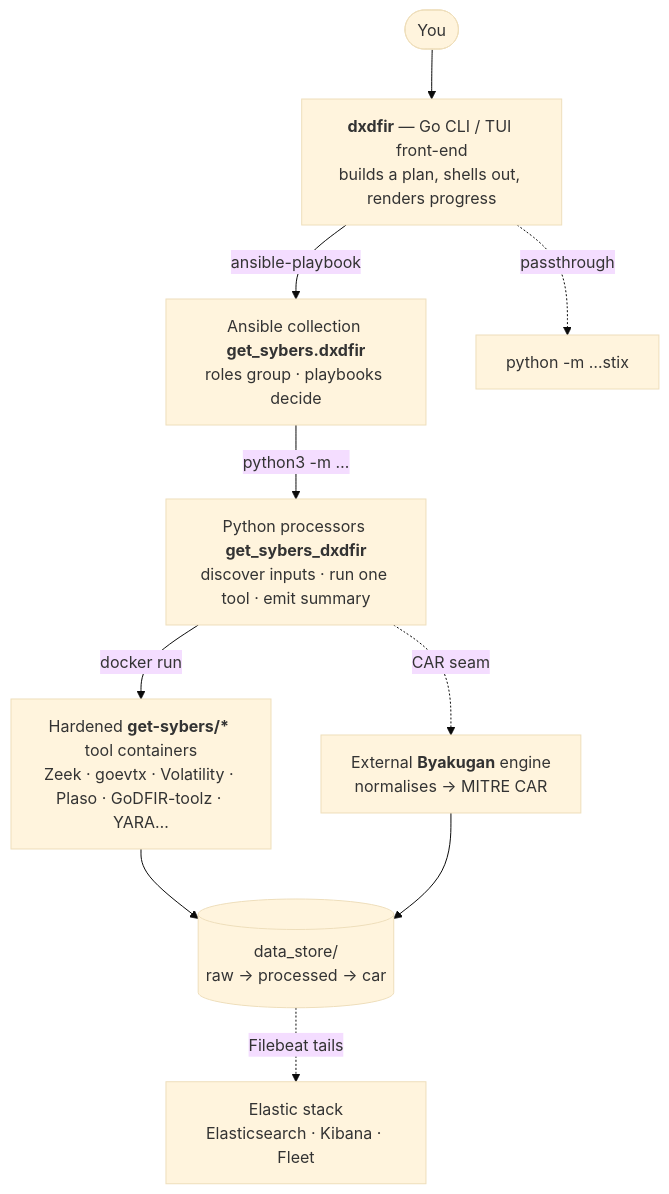
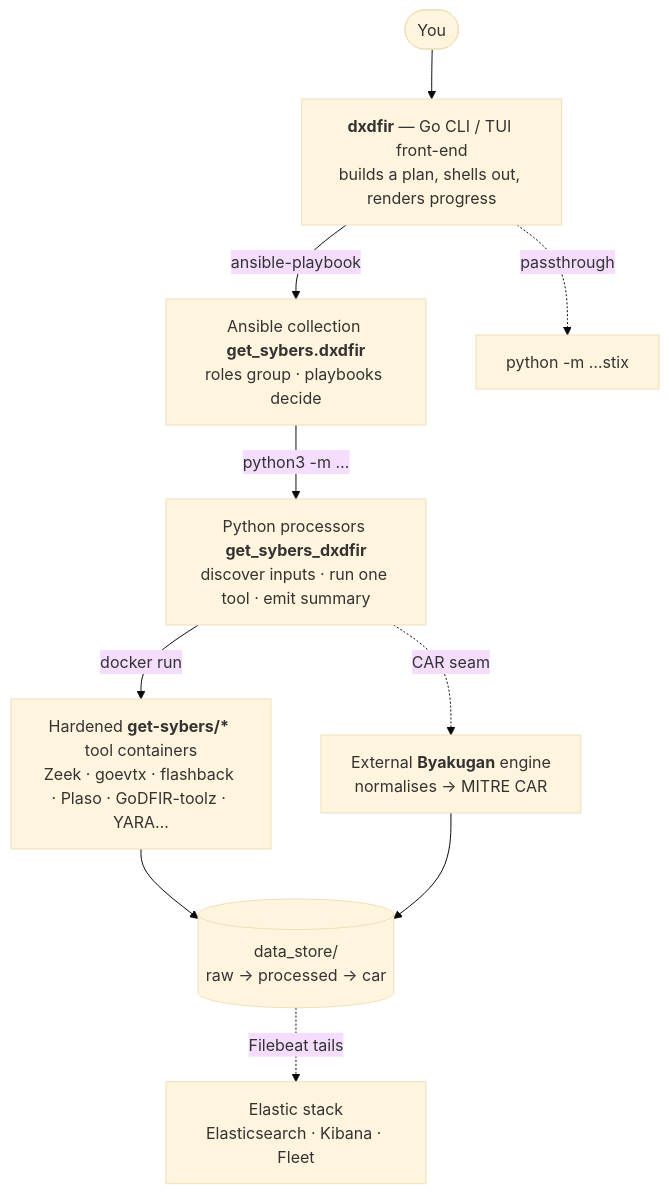
Before and after one commit to Get-Sybers/DX_DFIR: the diagram in docs/architecture/README.md, drawn with Mermaid (base theme). The commit also changed 34 other files, not shown here.

````diff
--- a/docs/architecture/README.md
+++ b/docs/architecture/README.md
@@ -10,12 +10,12 @@
 ```mermaid
 flowchart TD
     U([You]) --> CLI["<b>dxdfir</b> — Go CLI / TUI front-end<br/>builds a plan, shells out, renders progress"]
     CLI -->|ansible-playbook| ANS["Ansible collection <b>get_sybers.dxdfir</b><br/>roles group · playbooks decide"]
     CLI -.->|passthrough| STIX["python -m …stix"]
     ANS -->|python3 -m …| PY["Python processors <b>get_sybers_dxdfir</b><br/>discover inputs · run one tool · emit summary"]
-    PY -->|docker run| DK["Hardened <b>get-sybers/*</b> tool containers<br/>Zeek · goevtx · Volatility · Plaso · GoDFIR-toolz · YARA…"]
+    PY -->|docker run| DK["Hardened <b>get-sybers/*</b> tool containers<br/>Zeek · goevtx · flashback · Plaso · GoDFIR-toolz · YARA…"]
     PY -.->|CAR seam| BYA["External <b>Byakugan</b> engine<br/>normalises → MITRE CAR"]
     DK --> FS[("data_store/<br/>raw → processed → car")]
     BYA --> FS
     FS -.->|Filebeat tails| ES["Elastic stack<br/>Elasticsearch · Kibana · Fleet"]
 ```
````
